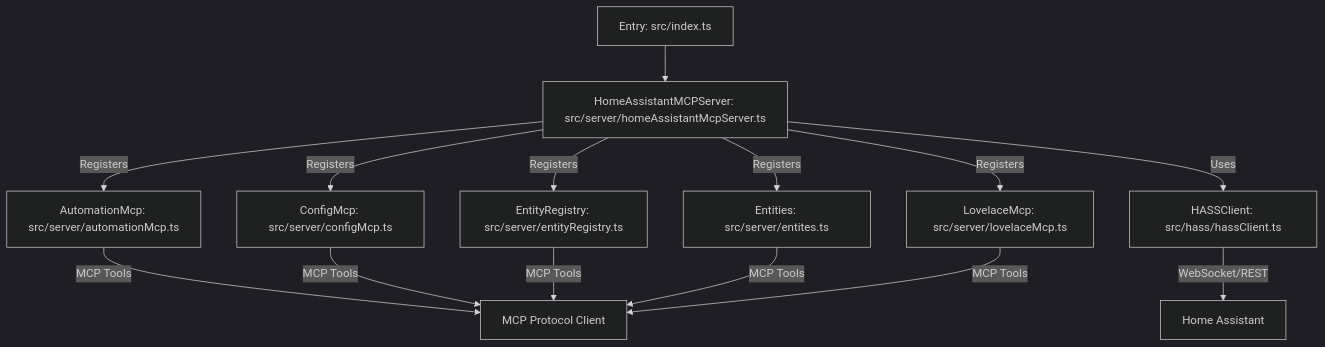
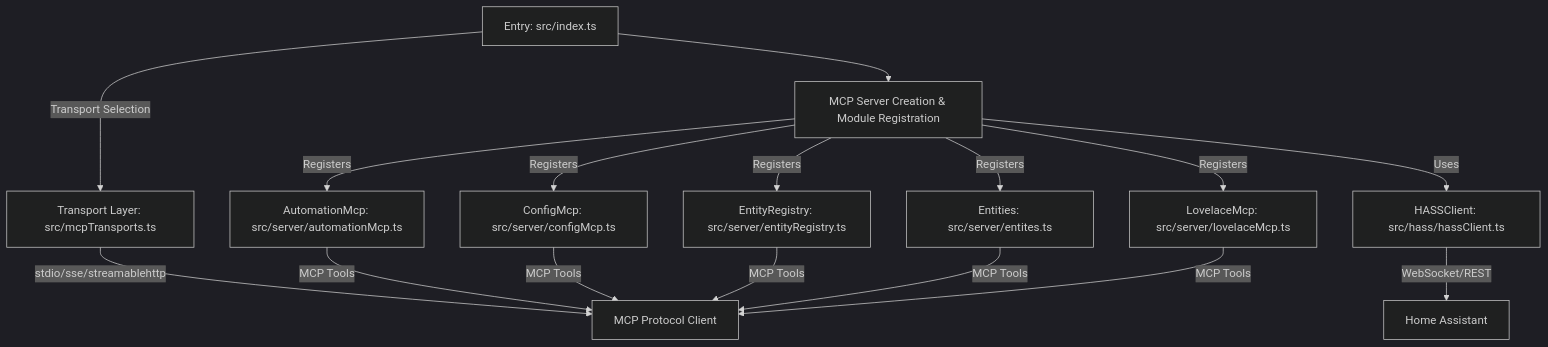
One commit to slhad/aha-mcp changed the diagram in .kilocode/rules/memory-bank/architecture.md. Above: the diagram before and after it, drawn with Mermaid (dark theme). The commit also changed other lines of this file and 2 other files, not shown here.

Commit message:
docs: update architecture and brief documentation to reflect current project structure and features

````diff
--- a/.kilocode/rules/memory-bank/architecture.md
+++ b/.kilocode/rules/memory-bank/architecture.md
@@ -42,12 +41,14 @@
 ```mermaid
 flowchart TD
-    A[Entry: src/index.ts] --> B[HomeAssistantMCPServer: src/server/homeAssistantMcpServer.ts]
+    A[Entry: src/index.ts] --> B[MCP Server Creation & Module Registration]
     B -->|Registers| C[AutomationMcp: src/server/automationMcp.ts]
     B -->|Registers| D[ConfigMcp: src/server/configMcp.ts]
     B -->|Registers| E[EntityRegistry: src/server/entityRegistry.ts]
     B -->|Registers| F[Entities: src/server/entites.ts]
     B -->|Registers| G[LovelaceMcp: src/server/lovelaceMcp.ts]
     B -->|Uses| H[HASSClient: src/hass/hassClient.ts]
-    H -->|WebSocket/REST| I[Home Assistant]
-    C & D & E & F & G -->|MCP Tools| J[MCP Protocol Client]
+    A -->|Transport Selection| I[Transport Layer: src/mcpTransports.ts]
+    I -->|stdio/sse/streamablehttp| J[MCP Protocol Client]
+    H -->|WebSocket/REST| K[Home Assistant]
+    C & D & E & F & G -->|MCP Tools| J
 ```
````
